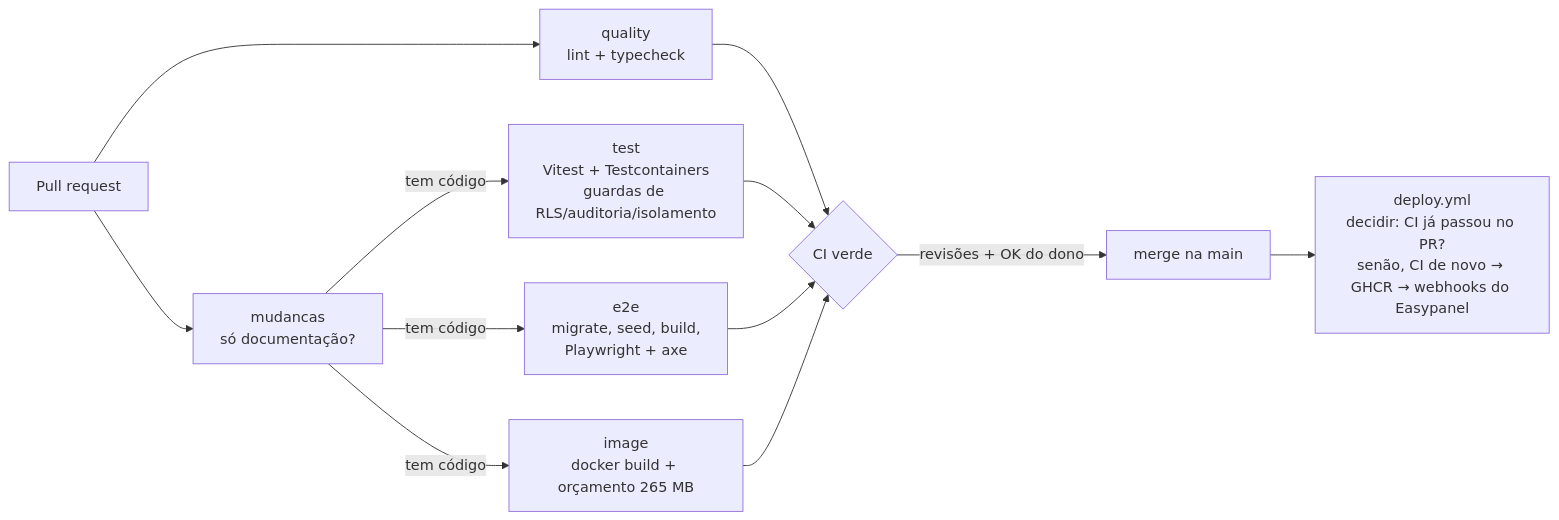
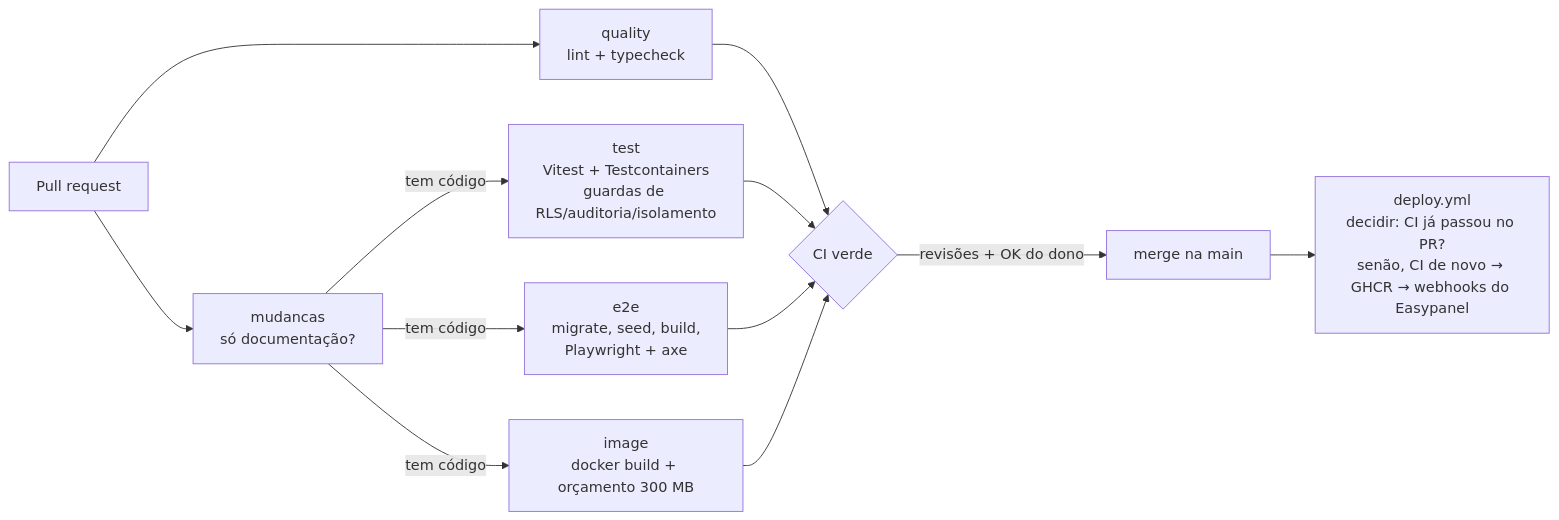
Before and after one commit to fabianojp06/nutridebby: the first of 5 diagrams in docs/manual-tecnico/07-testes-qualidade-e-processo.md, drawn with Mermaid. The commit also changed 5 other files, not shown here.

````diff
--- a/docs/manual-tecnico/07-testes-qualidade-e-processo.md
+++ b/docs/manual-tecnico/07-testes-qualidade-e-processo.md
@@ -29,11 +29,11 @@
 ```mermaid
 flowchart LR
   PR[Pull request] --> Q[quality<br/>lint + typecheck]
   PR --> MU[mudancas<br/>só documentação?]
   MU -->|tem código| T[test<br/>Vitest + Testcontainers<br/>guardas de RLS/auditoria/isolamento]
   MU -->|tem código| E[e2e<br/>migrate, seed, build,<br/>Playwright + axe]
-  MU -->|tem código| I[image<br/>docker build + orçamento 265 MB]
+  MU -->|tem código| I[image<br/>docker build + orçamento 300 MB]
   Q & T & E & I --> V{CI verde}
   V -->|revisões + OK do dono| M[merge na main]
   M --> D[deploy.yml<br/>decidir: CI já passou no PR?<br/>senão, CI de novo → GHCR → webhooks do Easypanel]
 ```
````
